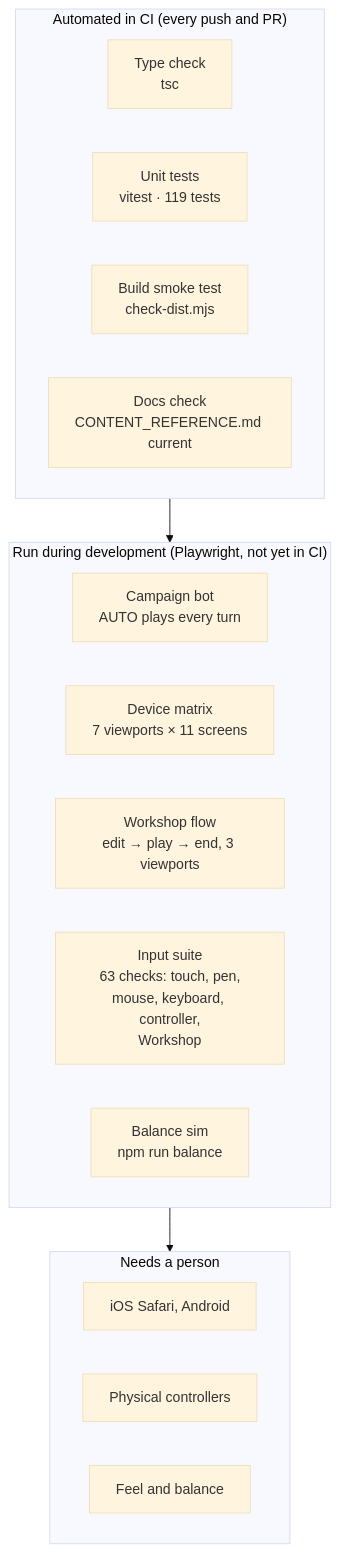
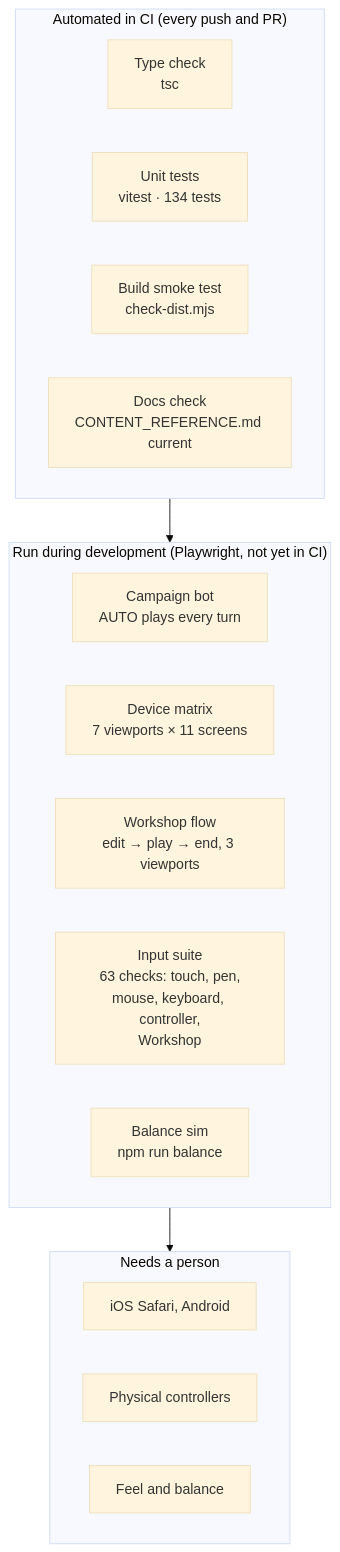
Before and after one commit to CptNope/Chess-RPG-Tactics: the diagram in docs/TESTING.md, drawn with Mermaid (base theme). The commit also changed other lines of this file and 38 other files, not shown here.

````diff
--- a/docs/TESTING.md
+++ b/docs/TESTING.md
@@ -9,22 +9,22 @@
 ```mermaid
 flowchart TB
     subgraph Auto["Automated in CI (every push and PR)"]
         T1["Type check<br/>tsc"]
-        T2["Unit tests<br/>vitest · 119 tests"]
+        T2["Unit tests<br/>vitest · 134 tests"]
         T3["Build smoke test<br/>check-dist.mjs"]
         T4["Docs check<br/>CONTENT_REFERENCE.md current"]
     end
     subgraph Dev["Run during development (Playwright, not yet in CI)"]
         P1["Campaign bot<br/>AUTO plays every turn"]
         P2["Device matrix<br/>7 viewports × 11 screens"]
         P4["Workshop flow<br/>edit → play → end, 3 viewports"]
         P3["Input suite<br/>63 checks: touch, pen,<br/>mouse, keyboard, controller,<br/>Workshop"]
         P5["Balance sim<br/>npm run balance"]
     end
     subgraph Human["Needs a person"]
         H1["iOS Safari, Android"]
         H2["Physical controllers"]
         H3["Feel and balance"]
     end
     Auto --> Dev --> Human
 ```
````
